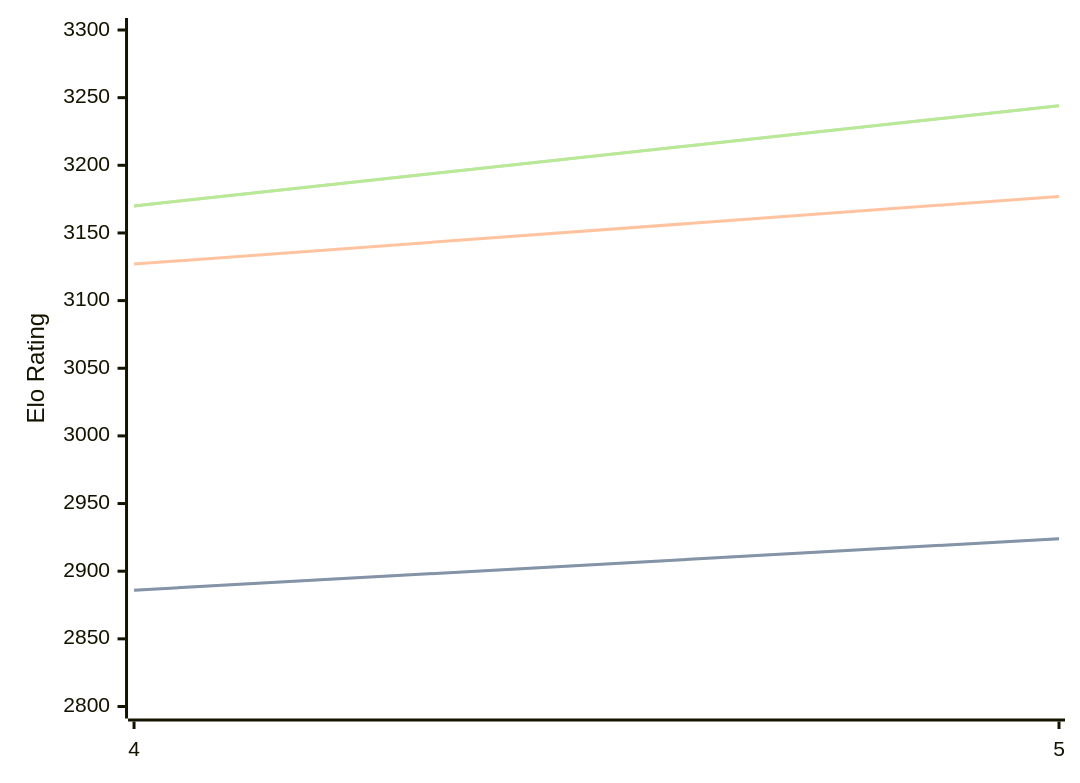
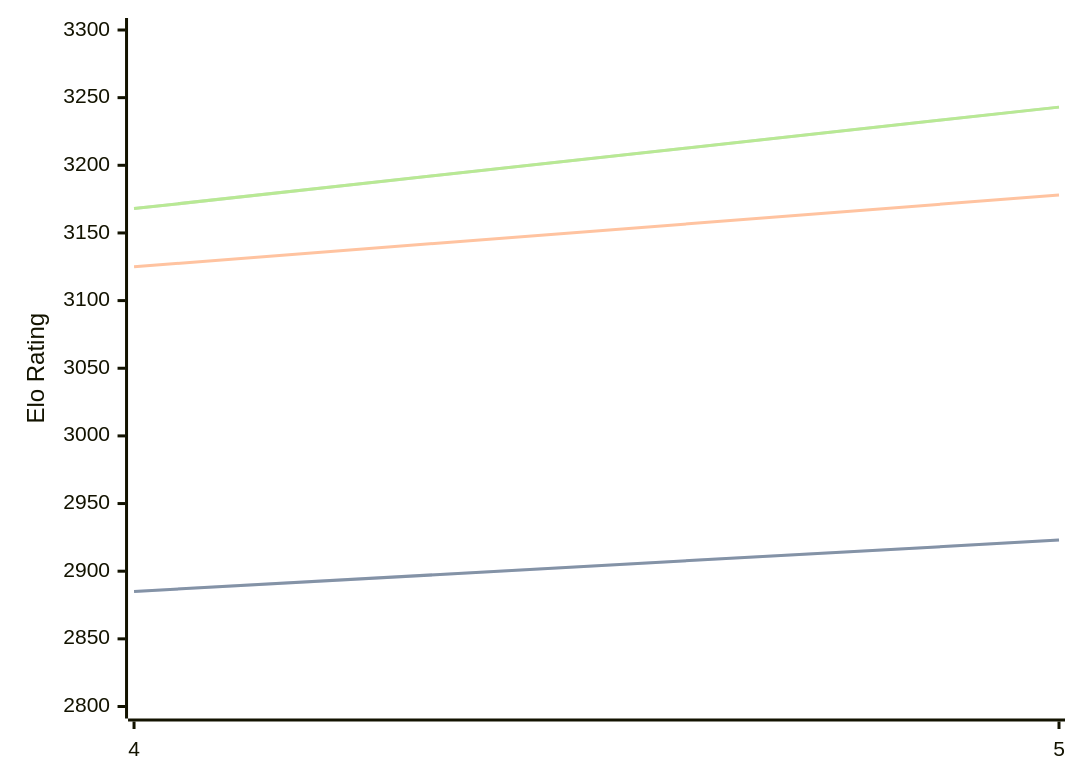
One commit to computer-chess-index/cci changed the diagram in engines/Cwtch.md. Above: the diagram before and after it, drawn with Mermaid. The commit also changed other lines of this file, not shown here.

Commit message:
Update CCI Ratings (ELO VLTC) - 2026-04-26

````diff
--- a/engines/Cwtch.md
+++ b/engines/Cwtch.md
@@ -34,11 +34,11 @@
 ```mermaid
 %%{init: {"theme":"base","themeVariables":{"seriesColors:['#a3a3a3','#222221','#faa371']}}}%%
 xychart-beta
   x-axis ["4", "5"]
   y-axis "Elo Rating" 2800 --> 3300
-  line "STC (8.0+0.08s)" [2886, 2924]
-  line "STC (8.0+0.08s)" [2886, 2924]
-  line "LTC (60.0+0.60s)" [3127, 3177]
-  line "VLTC (2m24s+1.12s)" [3170, 3244]
-  line "VLTC (2m24s+1.12s)" [3170, 3244]
+  line "STC (8.0+0.08s)" [2885, 2923]
+  line "STC (8.0+0.08s)" [2885, 2923]
+  line "LTC (60.0+0.60s)" [3125, 3178]
+  line "VLTC (2m24s+1.12s)" [3168, 3243]
+  line "VLTC (2m24s+1.12s)" [3168, 3243]
 ```
````
